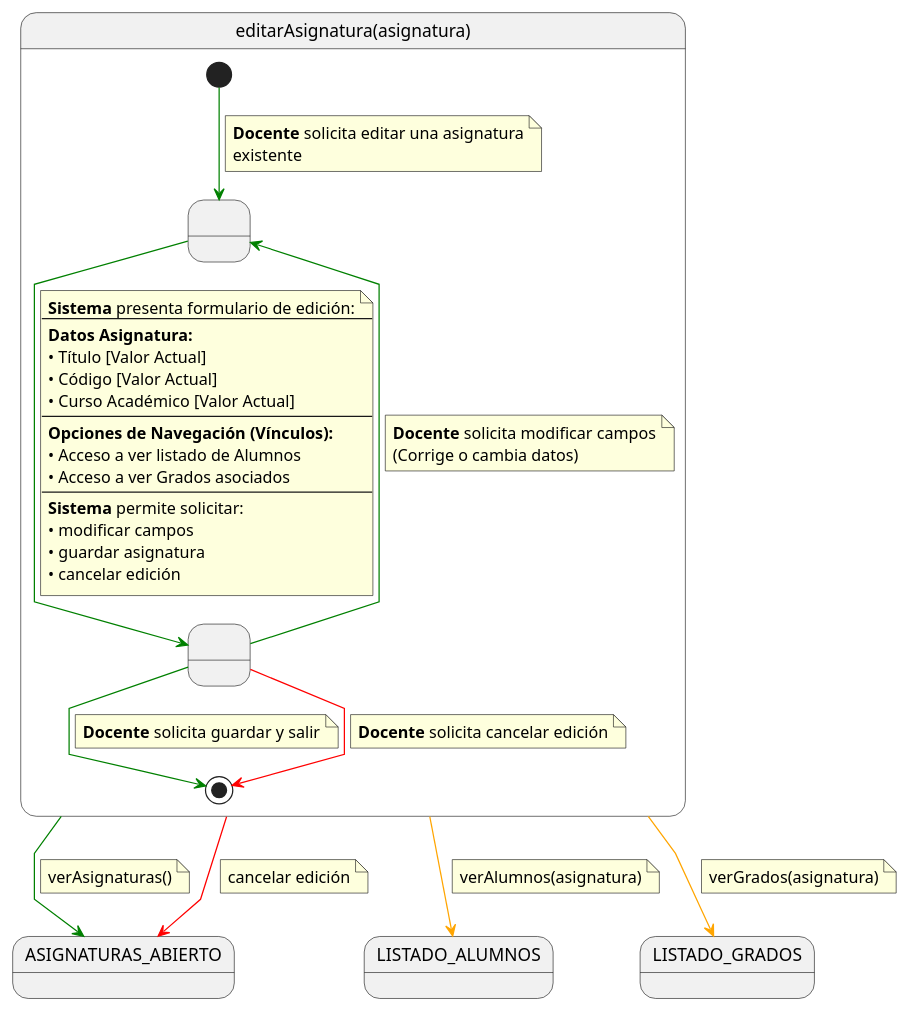
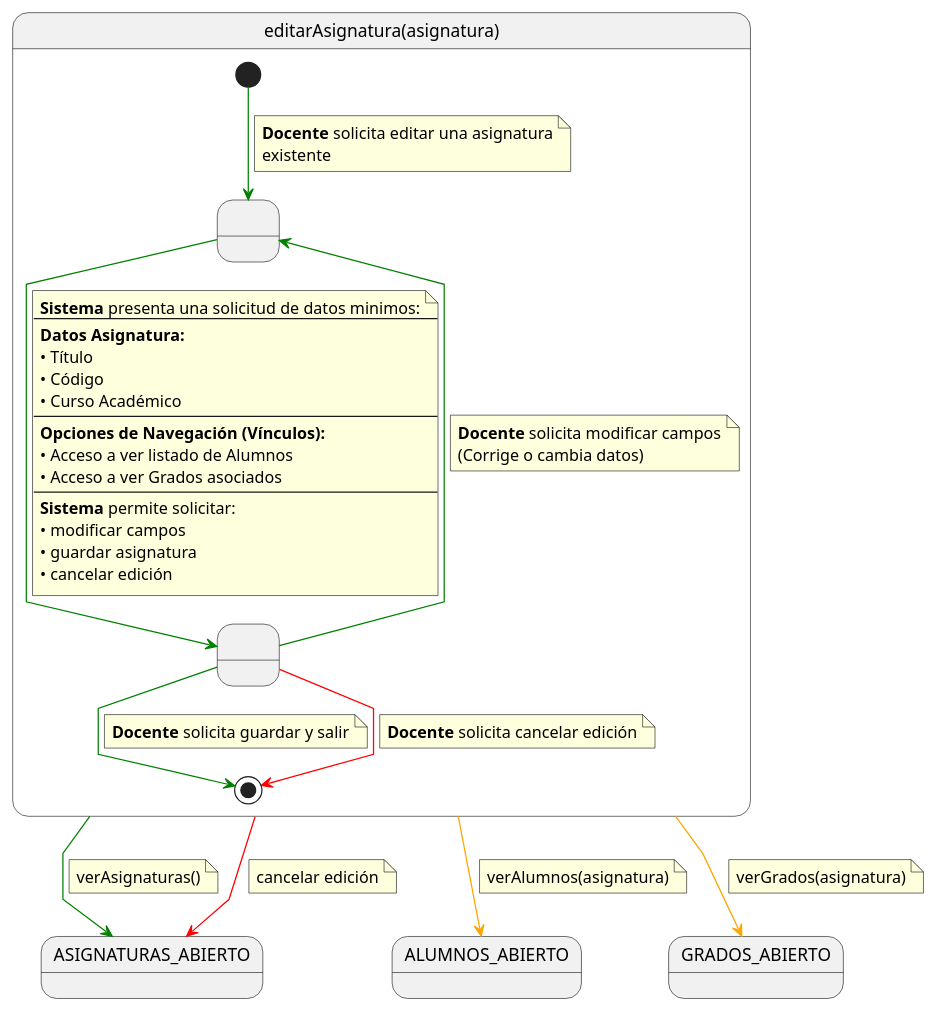
One commit to martinlopez7/25-26-IdSw1-SdR changed the diagram in documents/casos-de-uso/detalladoCasosDeUso/editarAsignatura/editarAsignatura.puml. Above: the diagram before and after it, drawn with PlantUML. The commit also changed 8 other files, not shown here.

```diff
--- a/documents/casos-de-uso/detalladoCasosDeUso/editarAsignatura/editarAsignatura.puml
+++ b/documents/casos-de-uso/detalladoCasosDeUso/editarAsignatura/editarAsignatura.puml
@@ -1,78 +1,78 @@
 @startuml
 skinparam linetype polyline
 
 state editarAsignatura as "editarAsignatura(asignatura)" {
 
     state " " as EditandoDatos
     state " " as GuardandoDatos 
 
     [*] -[#green]-> EditandoDatos 
     note on link
     <b>Docente</b> solicita editar una asignatura
     existente
     end note    
     
     EditandoDatos -[#green]-> GuardandoDatos
     note on link
-    <b>Sistema</b> presenta formulario de edición:
+    <b>Sistema</b> presenta una solicitud de datos minimos:
     ---
     <b>Datos Asignatura:</b>
-    • Título [Valor Actual]
-    • Código [Valor Actual]
-    • Curso Académico [Valor Actual]
+    • Título
+    • Código
+    • Curso Académico
     ---
     <b>Opciones de Navegación (Vínculos):</b>
     • Acceso a ver listado de Alumnos
     • Acceso a ver Grados asociados
     ---
     <b>Sistema</b> permite solicitar:
     • modificar campos
     • guardar asignatura
     • cancelar edición
     end note
     
     ' El ciclo de modificación (Patrón Interactivo)
     GuardandoDatos -[#green]-> EditandoDatos
     note on link
     <b>Docente</b> solicita modificar campos
     (Corrige o cambia datos)
     end note
     
     ' Salida Exitosa (Guardar)
     GuardandoDatos -[#green]-> [*]
     note on link
     <b>Docente</b> solicita guardar y salir
     end note
 
     ' Salida Cancelada (Interna - Abortar operación)
     GuardandoDatos -[#red]-> [*]
     note on link
     <b>Docente</b> solicita cancelar edición
     end note
 }
 
 ' --- Salidas y Navegación Externa ---
 
 ' 1. Flujo Normal: Volver al listado
 editarAsignatura -[#green]-> ASIGNATURAS_ABIERTO
 note on link
 verAsignaturas()
 end note
 
 ' 2. Flujo Cancelación
 editarAsignatura -[#red]-> ASIGNATURAS_ABIERTO
 note on link
 cancelar edición
 end note
 
 ' 3. Navegación a Casos de Uso Relacionados (Lo que pediste)
-editarAsignatura -[#orange]-> LISTADO_ALUMNOS
+editarAsignatura -[#orange]-> ALUMNOS_ABIERTO
 note on link
 verAlumnos(asignatura)
 end note
 
-editarAsignatura -[#orange]-> LISTADO_GRADOS
+editarAsignatura -[#orange]-> GRADOS_ABIERTO
 note on link
 verGrados(asignatura)
 end note
 @enduml
```
